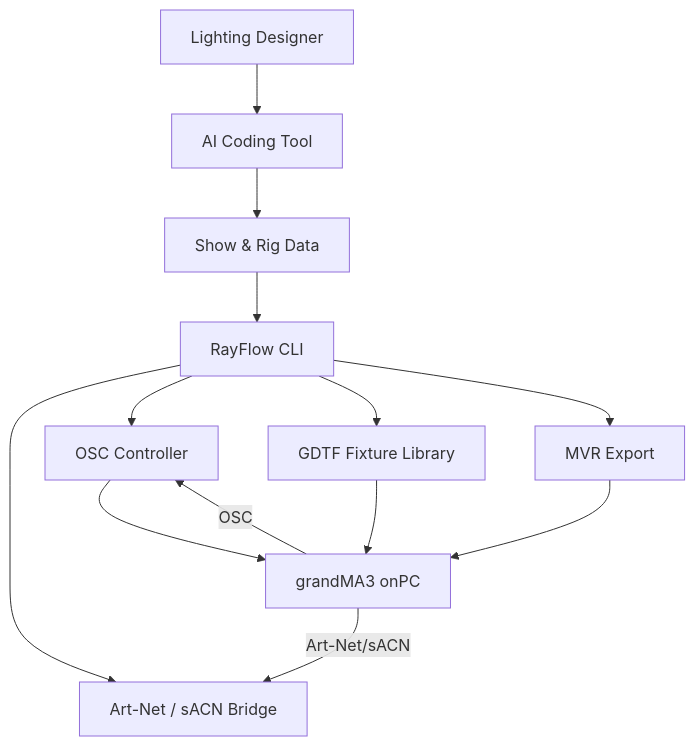
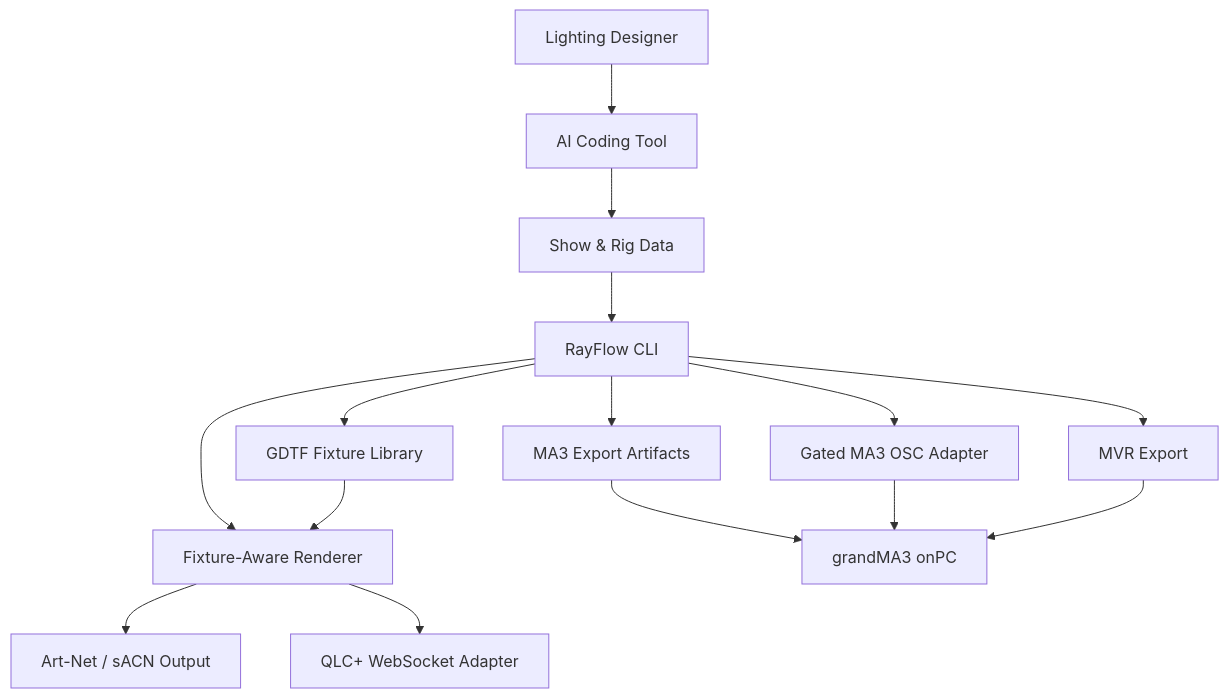
One commit to connorkitchings/rayflow changed the diagram in docs/project_charter.md. Above: the diagram before and after it, drawn with Mermaid. The commit also changed other lines of this file and 43 other files, not shown here.

````diff
--- a/docs/project_charter.md
+++ b/docs/project_charter.md
@@ -98,15 +112,17 @@
 ```mermaid
 graph TD
     User[Lighting Designer] --> AI[AI Coding Tool]
     AI --> Show[Show & Rig Data]
     Show --> CLI[RayFlow CLI]
-    CLI --> Bridge[Art-Net / sACN Bridge]
-    CLI --> OSC[OSC Controller]
-    OSC --> MA3[grandMA3 onPC]
-    MA3 -->|Art-Net/sACN| Bridge
-    MA3 -->|OSC| OSC
+    CLI --> Renderer[Fixture-Aware Renderer]
+    Renderer --> Bridge[Art-Net / sACN Output]
+    Renderer --> QLC[QLC+ WebSocket Adapter]
+    CLI --> MA3Export[MA3 Export Artifacts]
+    CLI --> MA3OSC[Gated MA3 OSC Adapter]
+    MA3Export --> MA3[grandMA3 onPC]
+    MA3OSC --> MA3
     CLI --> GDTF[GDTF Fixture Library]
-    GDTF --> MA3
+    GDTF --> Renderer
     CLI --> MVR[MVR Export]
     MVR --> MA3
 ```
````
